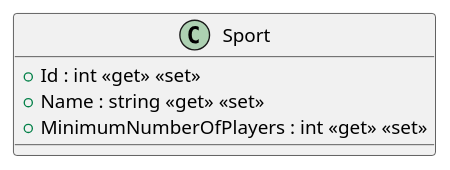
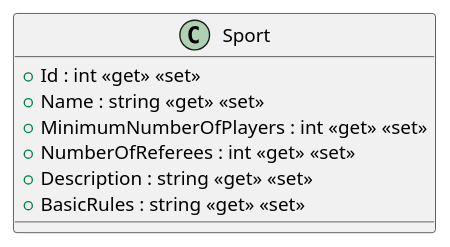
The diagram in src/AppForSEII.API/ClassDiagram/Sport.puml (ISII2627Erasmus/Barca), drawn with PlantUML before and after one commit. The commit also changed 2 other files, not shown here.

Commit message:
Add Sport model

```diff
--- a/src/AppForSEII.API/ClassDiagram/Sport.puml
+++ b/src/AppForSEII.API/ClassDiagram/Sport.puml
@@ -1,7 +1,10 @@
-@startuml
+@startuml Sport
 class Sport {
     + Id : int <<get>> <<set>>
     + Name : string <<get>> <<set>>
     + MinimumNumberOfPlayers : int <<get>> <<set>>
+    + NumberOfReferees : int <<get>> <<set>>
+    + Description : string <<get>> <<set>>
+    + BasicRules : string <<get>> <<set>>
 }
 @enduml
```
